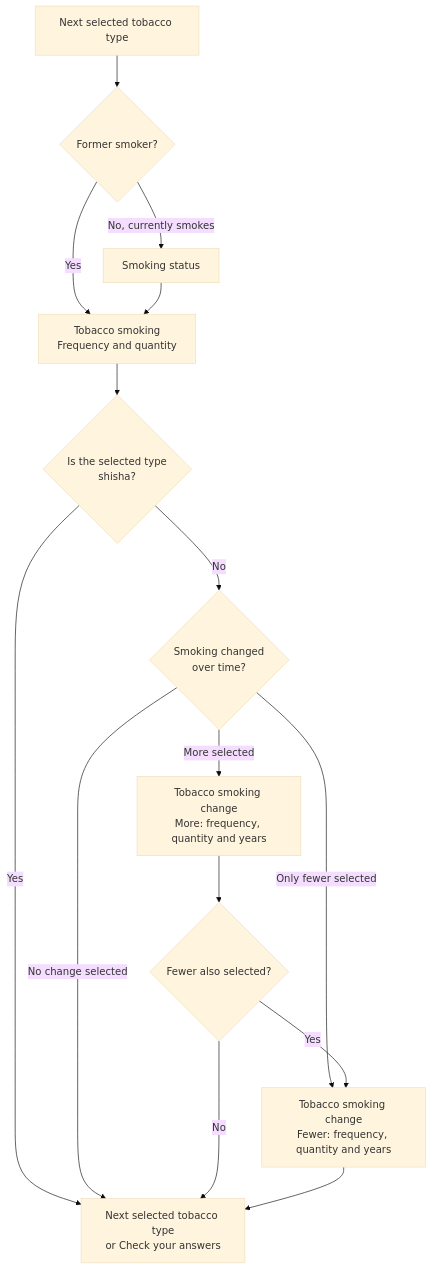
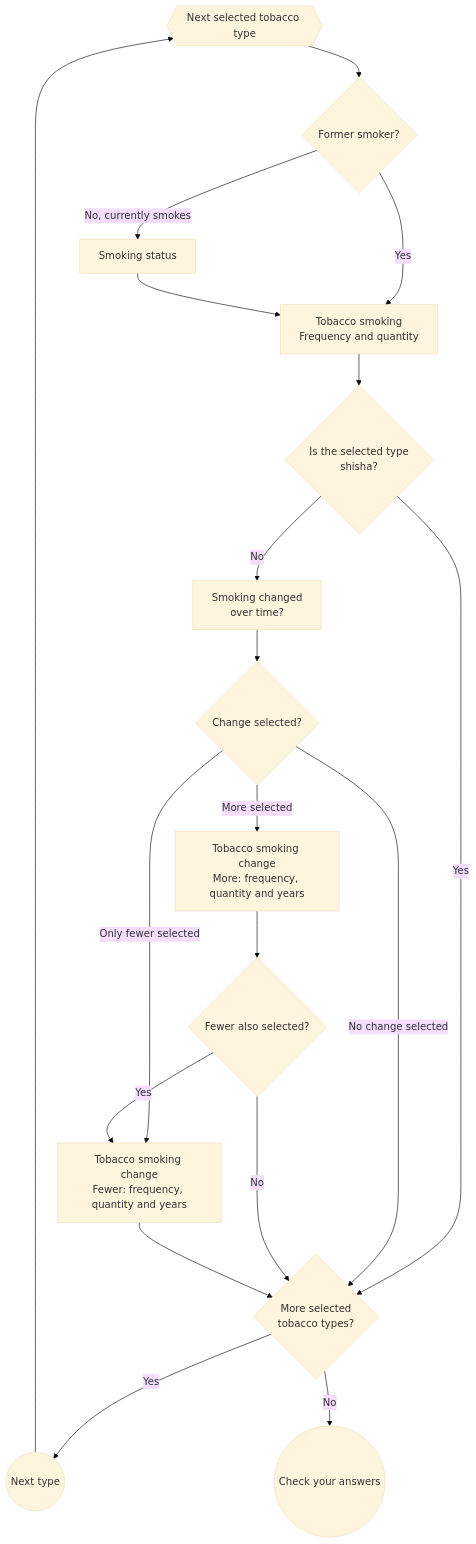
Before and after one commit to NHSDigital/prototype-lung-health-check: the second of 2 diagrams in app/prototype_v4_2/docs/question-flow.md, drawn with Mermaid (base theme). The commit also changed other lines of this file and 2 other files, not shown here.

Commit message:
Update previous version question flowcharts

````diff
--- a/app/prototype_v4_2/docs/question-flow.md
+++ b/app/prototype_v4_2/docs/question-flow.md
@@ -70,23 +101,27 @@
 ```mermaid
 flowchart TD
-  selectedType["Next selected tobacco type"] --> formerSmoker{"Former smoker?"}
+  selectedType{{Next selected tobacco type}} --> formerSmokerDecision{"Former smoker?"}
 
-  formerSmoker -- No, currently smokes --> status["Smoking status"]
-  formerSmoker -- Yes --> tobaccoSmoking["Tobacco smoking<br>Frequency and quantity"]
+  formerSmokerDecision -- No, currently smokes --> status["Smoking status"]
+  formerSmokerDecision -- Yes --> tobaccoSmoking["Tobacco smoking<br>Frequency and quantity"]
   status --> tobaccoSmoking
 
   tobaccoSmoking --> isShisha{"Is the selected type<br>shisha?"}
-  isShisha -- Yes --> nextTypeOrCya
-  isShisha -- No --> changed{"Smoking changed<br>over time?"}
+  isShisha -- Yes --> moreTypes
+  isShisha -- No --> changed["Smoking changed<br>over time?"]
 
-  changed -- No change selected --> nextTypeOrCya
-  changed -- More selected --> moreChange["Tobacco smoking change<br>More: frequency, quantity and years"]
+  changed --> changedDecision{"Change selected?"}
+  changedDecision -- No change selected --> moreTypes
+  changedDecision -- More selected --> moreChange["Tobacco smoking change<br>More: frequency, quantity and years"]
   moreChange --> fewerSelected{"Fewer also selected?"}
 
-  changed -- Only fewer selected --> fewerChange["Tobacco smoking change<br>Fewer: frequency, quantity and years"]
+  changedDecision -- Only fewer selected --> fewerChange["Tobacco smoking change<br>Fewer: frequency, quantity and years"]
   fewerSelected -- Yes --> fewerChange
-  fewerSelected -- No --> nextTypeOrCya
-  fewerChange --> nextTypeOrCya
+  fewerSelected -- No --> moreTypes
+  fewerChange --> moreTypes
 
-  nextTypeOrCya["Next selected tobacco type<br>or Check your answers"]
+  moreTypes{"More selected<br>tobacco types?"}
+  moreTypes -- Yes --> nextType((Next type))
+  nextType --> selectedType
+  moreTypes -- No --> cya((Check your answers))
 ```
````
